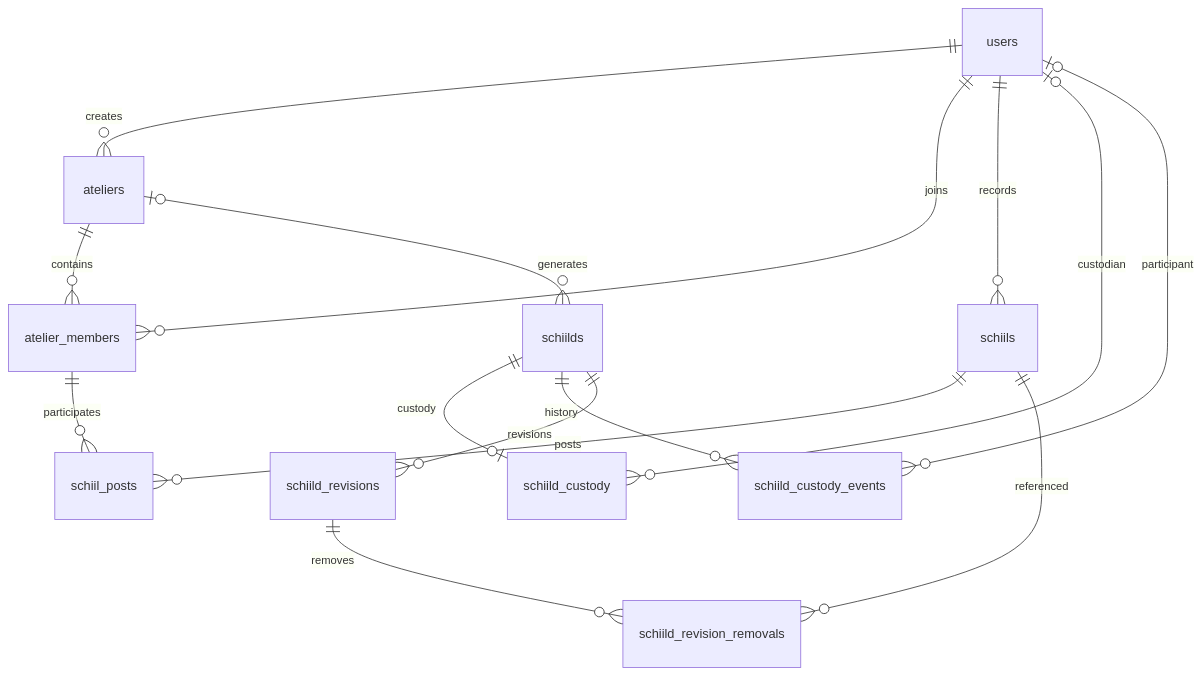
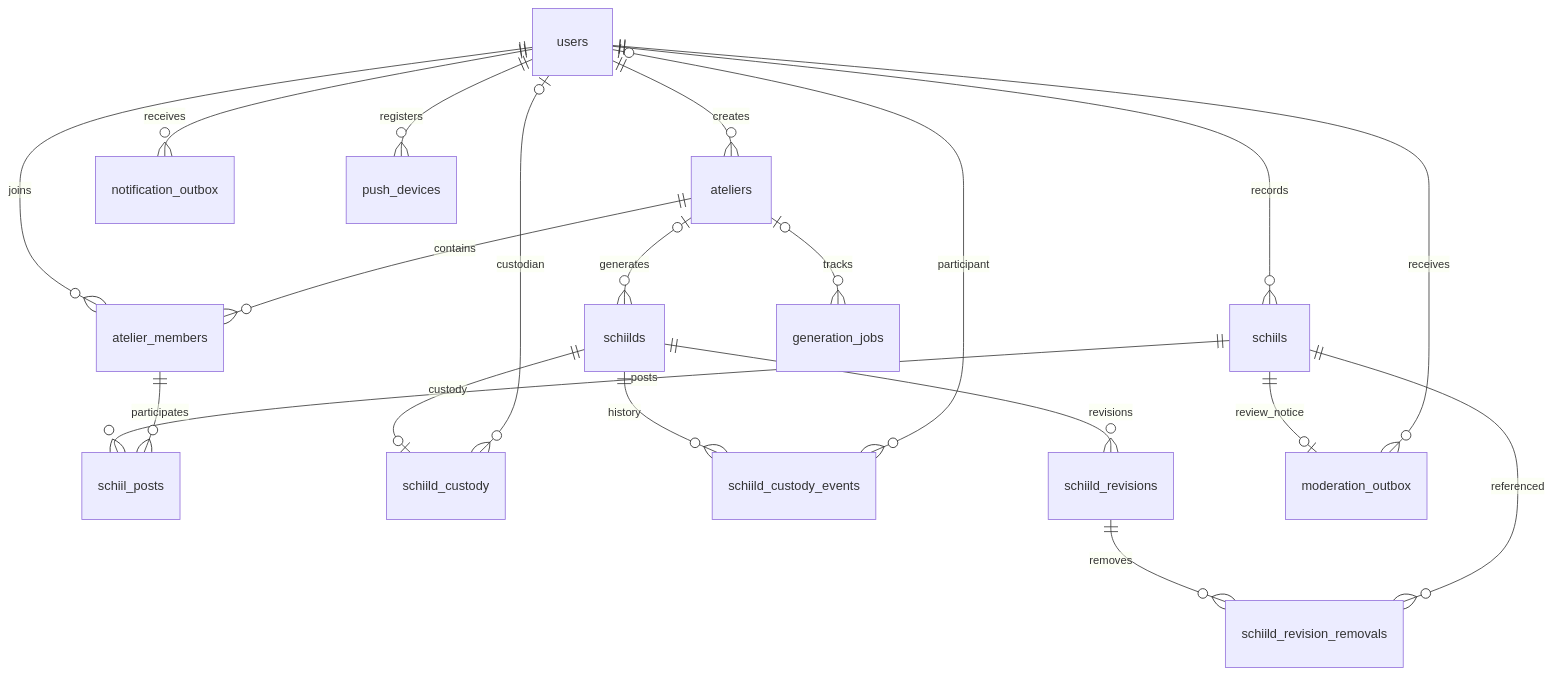
One commit to showa13045-blip/schiild changed the diagram in db/ER.md. Above: the diagram before and after it, drawn with Mermaid. The commit also changed 19 other files, not shown here.

````diff
--- a/db/ER.md
+++ b/db/ER.md
@@ -3,17 +3,22 @@
 ```mermaid
 erDiagram
     users ||--o{ ateliers : creates
     users ||--o{ atelier_members : joins
     ateliers ||--o{ atelier_members : contains
     users ||--o{ schiils : records
     schiils ||--o{ schiil_posts : posts
     atelier_members ||--o{ schiil_posts : participates
     ateliers o|--o{ schiilds : generates
     schiilds ||--o| schiild_custody : custody
     users o|--o{ schiild_custody : custodian
     schiilds ||--o{ schiild_custody_events : history
     users o|--o{ schiild_custody_events : participant
     schiilds ||--o{ schiild_revisions : revisions
     schiild_revisions ||--o{ schiild_revision_removals : removes
     schiils ||--o{ schiild_revision_removals : referenced
+    ateliers o|--o{ generation_jobs : tracks
+    users ||--o{ notification_outbox : receives
+    users ||--o{ push_devices : registers
+    schiils ||--o| moderation_outbox : review_notice
+    users ||--o{ moderation_outbox : receives
 ```
````
